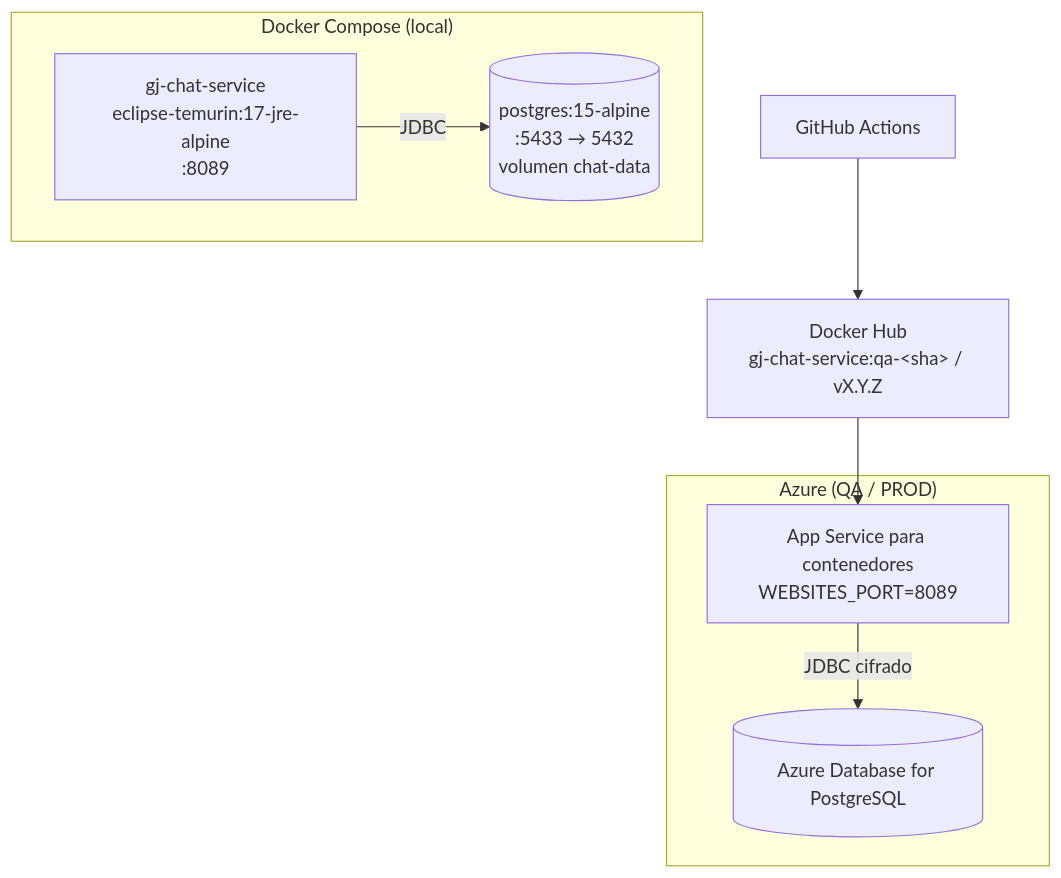
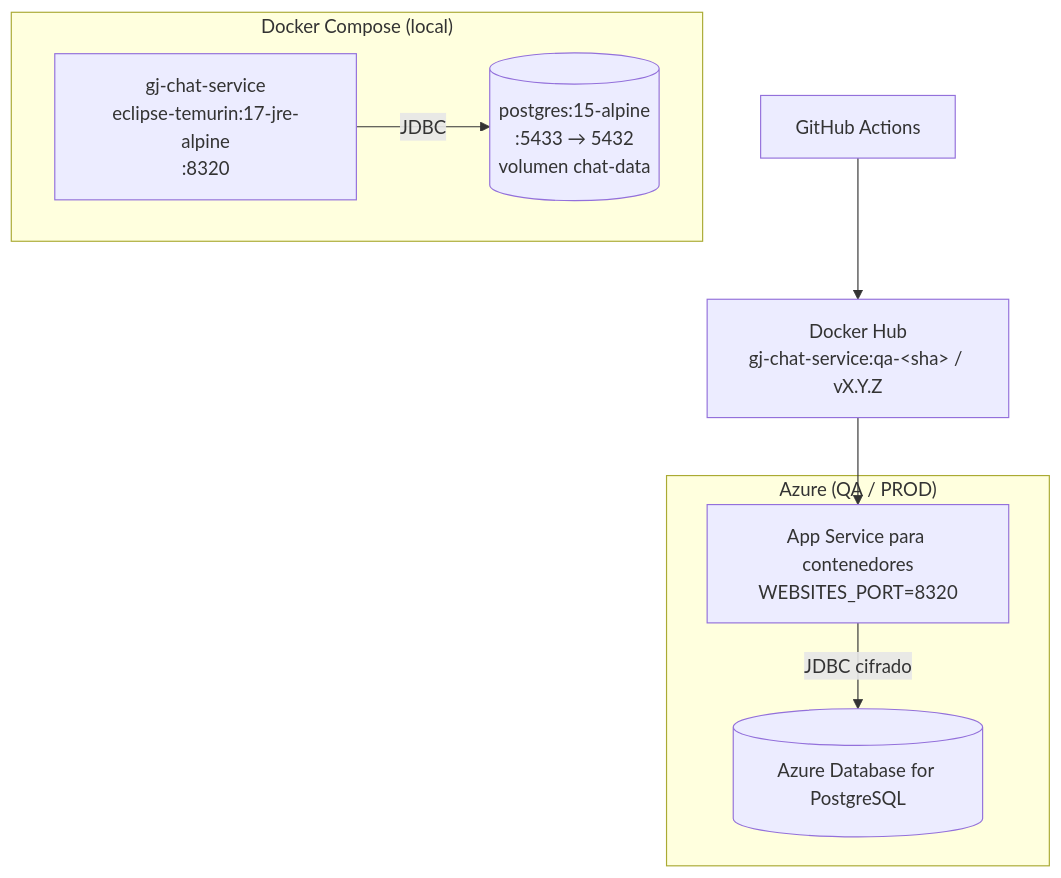
Before and after one commit to StyleRadar1/GJ-Chat-Service: the third of 7 diagrams in docs/SR_GJ_DocumentoTecnico_v1.md, drawn with Mermaid. The commit also changed other lines of this file and 9 other files, not shown here.

````diff
--- a/docs/SR_GJ_DocumentoTecnico_v1.md
+++ b/docs/SR_GJ_DocumentoTecnico_v1.md
@@ -100,15 +100,15 @@
 ```mermaid
 flowchart TB
     subgraph LOCAL["Docker Compose (local)"]
         PG[("postgres:15-alpine<br/>:5433 → 5432<br/>volumen chat-data")]
-        APP["gj-chat-service<br/>eclipse-temurin:17-jre-alpine<br/>:8089"]
+        APP["gj-chat-service<br/>eclipse-temurin:17-jre-alpine<br/>:8320"]
         APP -->|"JDBC"| PG
     end
     subgraph AZURE["Azure (QA / PROD)"]
-        AS["App Service para contenedores<br/>WEBSITES_PORT=8089"]
+        AS["App Service para contenedores<br/>WEBSITES_PORT=8320"]
         APG[("Azure Database for PostgreSQL")]
         AS -->|"JDBC cifrado"| APG
     end
     HUB["Docker Hub<br/>gj-chat-service:qa-&lt;sha&gt; / vX.Y.Z"] --> AS
     GHA["GitHub Actions"] --> HUB
 ```
````
